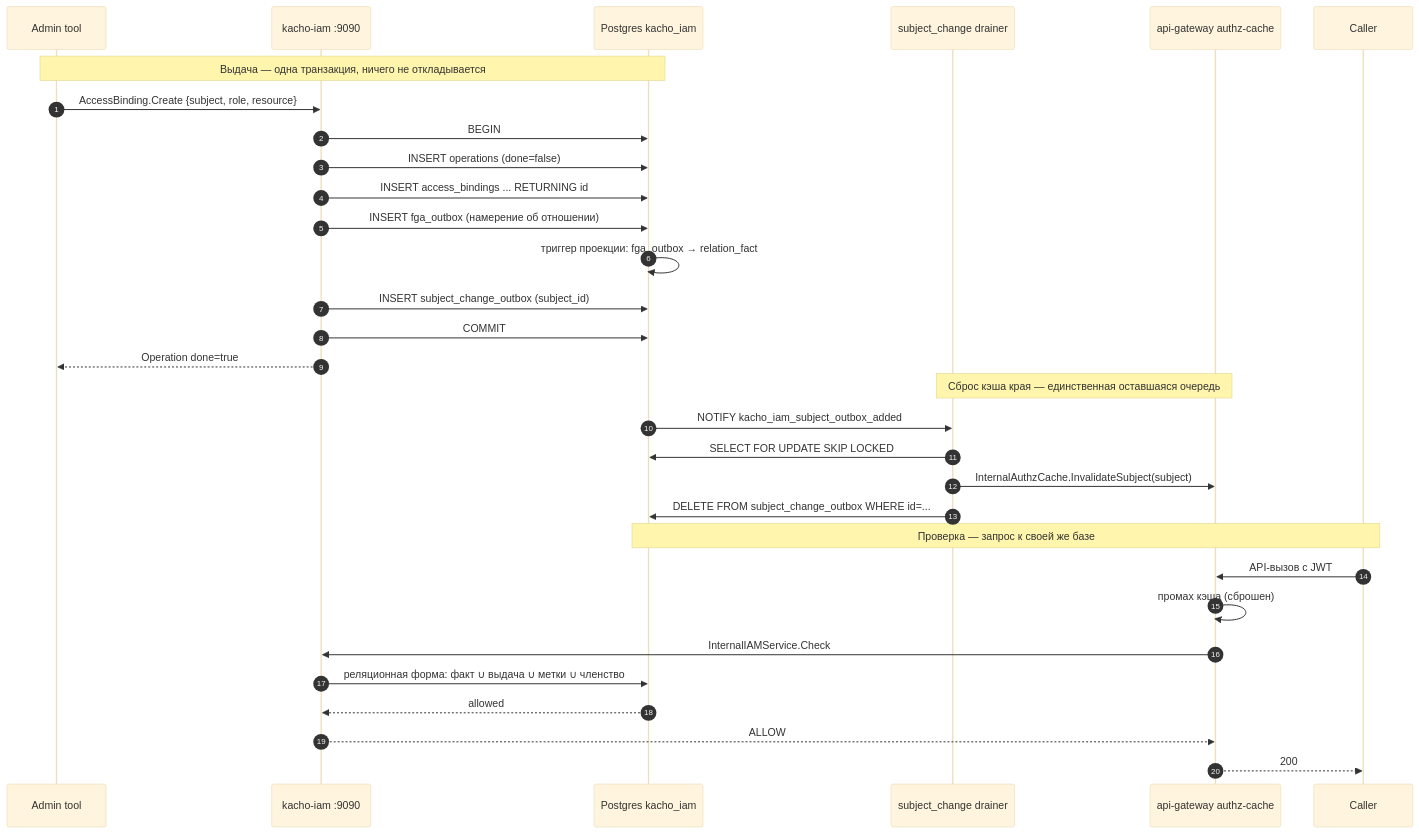
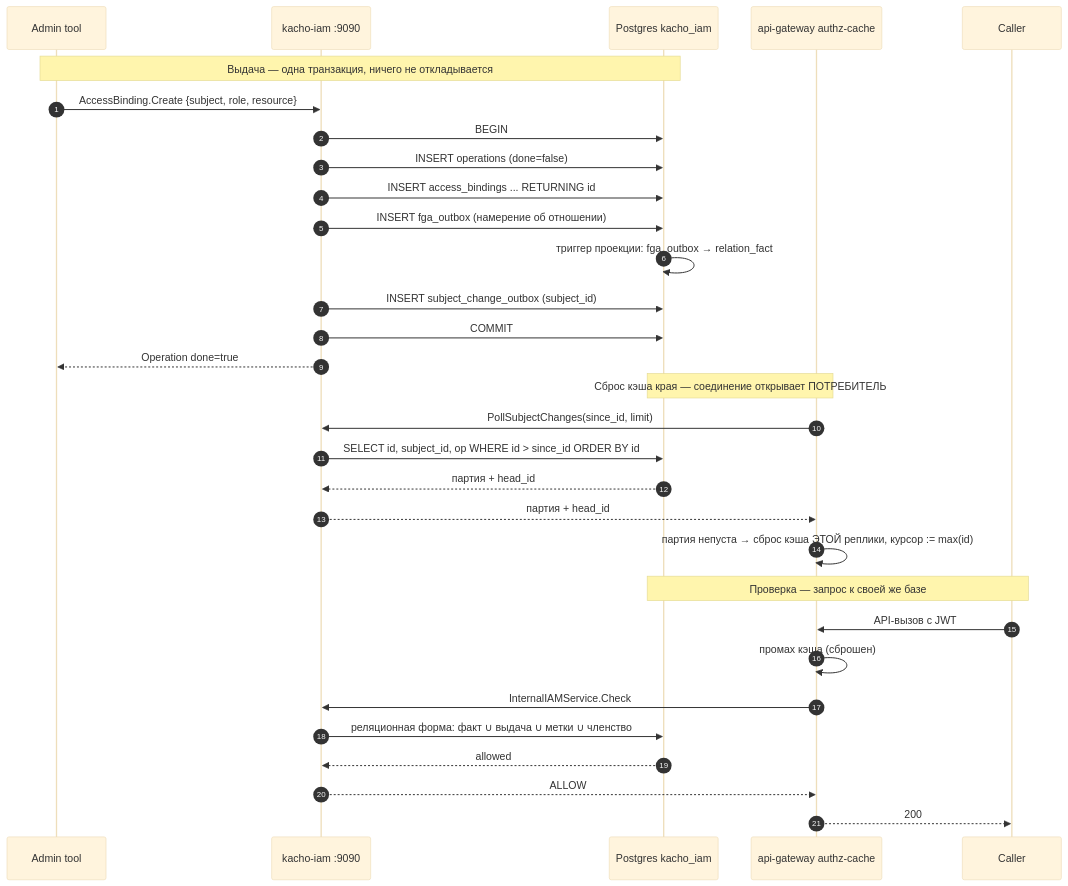
One commit to PRO-Robotech/kacho changed the diagram in services/iam/docs/engineering/components/29-relational-verdict.md. Above: the diagram before and after it, drawn with Mermaid (base theme). The commit also changed other lines of this file and 29 other files, not shown here.

````diff
--- a/services/iam/docs/engineering/components/29-relational-verdict.md
+++ b/services/iam/docs/engineering/components/29-relational-verdict.md
@@ -99,36 +109,36 @@
 ```mermaid
 sequenceDiagram
     autonumber
     participant Admin as Admin tool
     participant IAM as kacho-iam :9090
     participant DB as Postgres kacho_iam
-    participant SubDrainer as subject_change drainer
     participant GW as api-gateway authz-cache
     participant Caller
 
     Note over Admin,DB: Выдача — одна транзакция, ничего не откладывается
     Admin->>IAM: AccessBinding.Create {subject, role, resource}
     IAM->>DB: BEGIN
     IAM->>DB: INSERT operations (done=false)
     IAM->>DB: INSERT access_bindings ... RETURNING id
     IAM->>DB: INSERT fga_outbox (намерение об отношении)
     DB->>DB: триггер проекции: fga_outbox → relation_fact
     IAM->>DB: INSERT subject_change_outbox (subject_id)
     IAM->>DB: COMMIT
     IAM-->>Admin: Operation done=true
 
-    Note over SubDrainer,GW: Сброс кэша края — единственная оставшаяся очередь
-    DB->>SubDrainer: NOTIFY kacho_iam_subject_outbox_added
-    SubDrainer->>DB: SELECT FOR UPDATE SKIP LOCKED
-    SubDrainer->>GW: InternalAuthzCache.InvalidateSubject(subject)
-    SubDrainer->>DB: DELETE FROM subject_change_outbox WHERE id=...
+    Note over GW,DB: Сброс кэша края — соединение открывает ПОТРЕБИТЕЛЬ
+    GW->>IAM: PollSubjectChanges(since_id, limit)
+    IAM->>DB: SELECT id, subject_id, op WHERE id > since_id ORDER BY id
+    DB-->>IAM: партия + head_id
+    IAM-->>GW: партия + head_id
+    GW->>GW: партия непуста → сброс кэша ЭТОЙ реплики, курсор := max(id)
 
     Note over Caller,DB: Проверка — запрос к своей же базе
     Caller->>GW: API-вызов с JWT
     GW->>GW: промах кэша (сброшен)
     GW->>IAM: InternalIAMService.Check
     IAM->>DB: реляционная форма: факт ∪ выдача ∪ метки ∪ членство
     DB-->>IAM: allowed
     IAM-->>GW: ALLOW
     GW-->>Caller: 200
 ```
````
